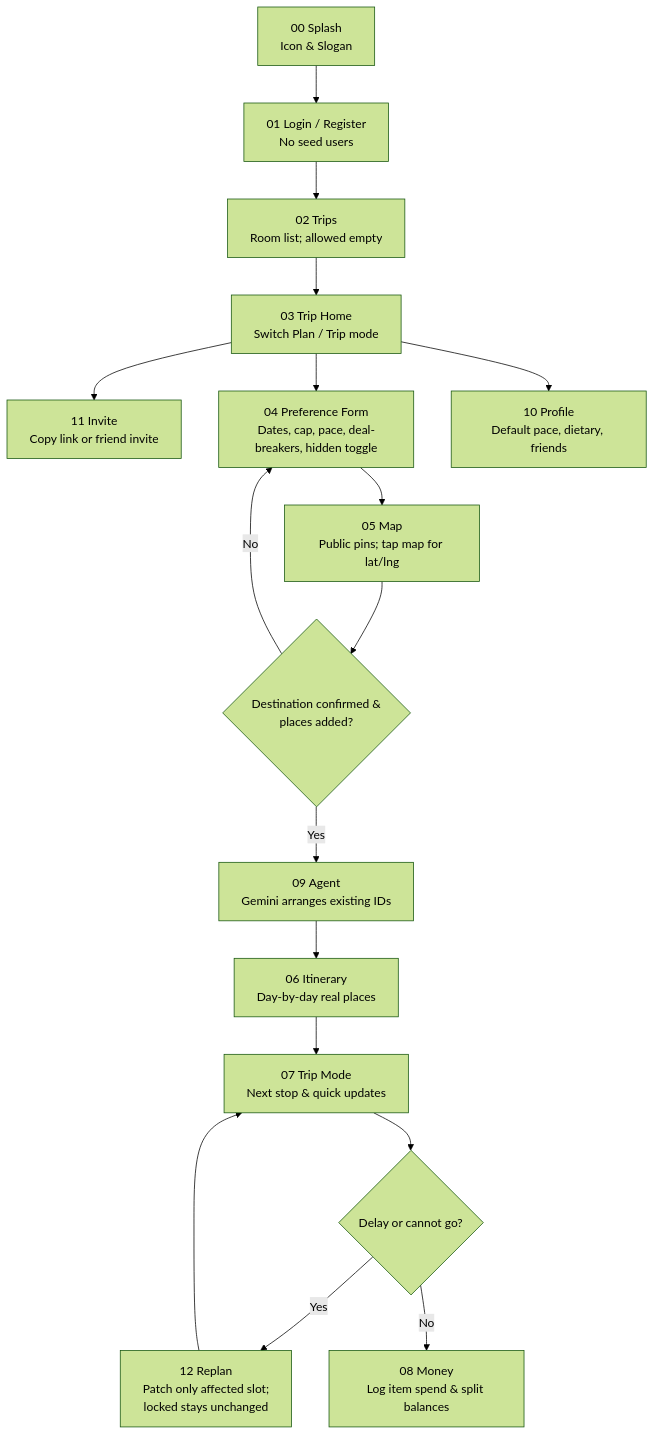
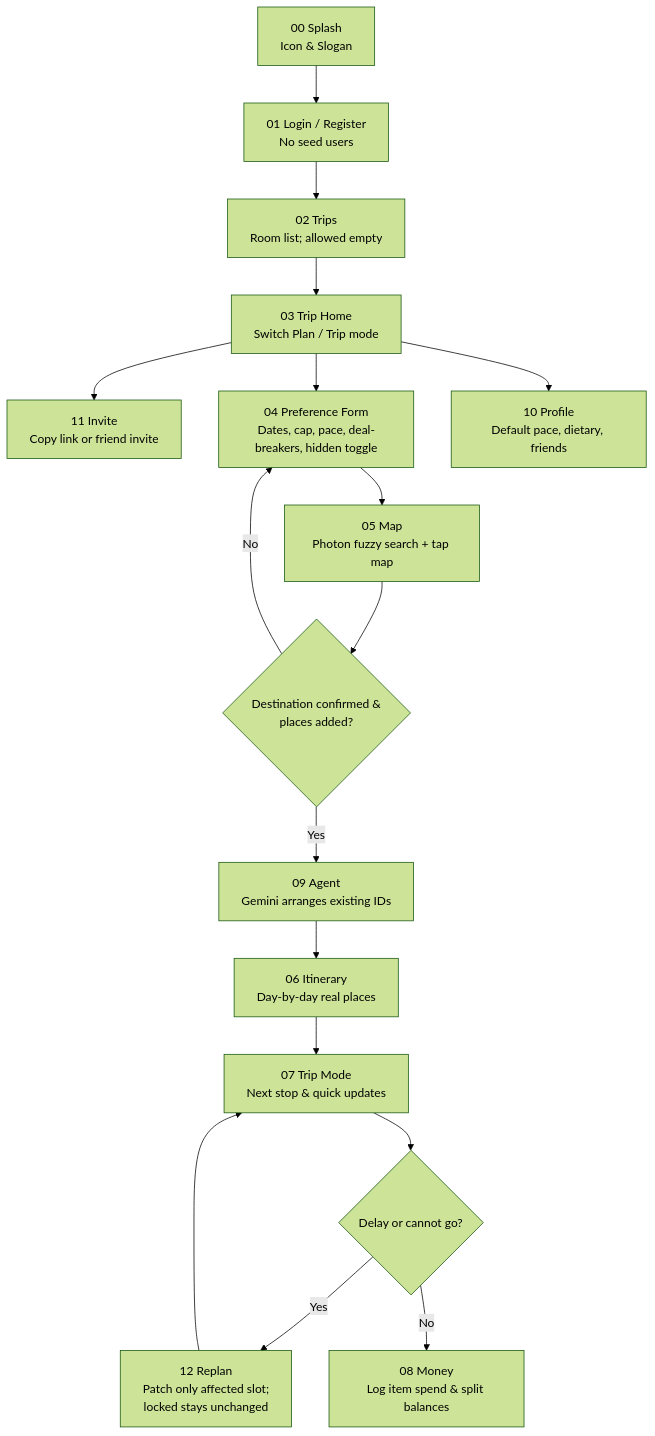
The fourth of 7 diagrams in docs/ideation.md (nlzce/We-are-the-champions_Plan-B), drawn with Mermaid (forest theme) before and after one commit. The commit also changed other lines of this file and 2 other files, not shown here.

Commit message:
docs: adopt OpenStreetMap + Photon fuzzy search dual-mode map architecture

````diff
--- a/docs/ideation.md
+++ b/docs/ideation.md
@@ -230,19 +230,19 @@
 ```mermaid
 flowchart TD
   S00["00 Splash<br/>Icon & Slogan"] --> S01["01 Login / Register<br/>No seed users"]
   S01 --> S02["02 Trips<br/>Room list; allowed empty"]
   S02 --> S03["03 Trip Home<br/>Switch Plan / Trip mode"]
   S03 --> S11["11 Invite<br/>Copy link or friend invite"]
   S03 --> S04["04 Preference Form<br/>Dates, cap, pace, deal-breakers, hidden toggle"]
-  S04 --> S05["05 Map<br/>Public pins; tap map for lat/lng"]
+  S04 --> S05["05 Map<br/>Photon fuzzy search + tap map"]
   S05 --> AlignChk{"Destination confirmed &<br/>places added?"}
   AlignChk -->|No| S04
   AlignChk -->|Yes| S09["09 Agent<br/>Gemini arranges existing IDs"]
   S09 --> S06["06 Itinerary<br/>Day-by-day real places"]
   S06 --> S07["07 Trip Mode<br/>Next stop & quick updates"]
   S07 --> DisCheck{"Delay or cannot go?"}
   DisCheck -->|Yes| S12["12 Replan<br/>Patch only affected slot;<br/>locked stays unchanged"]
   S12 --> S07
   DisCheck -->|No| S08["08 Money<br/>Log item spend & split balances"]
   S03 --> S10["10 Profile<br/>Default pace, dietary, friends"]
 ```
````
